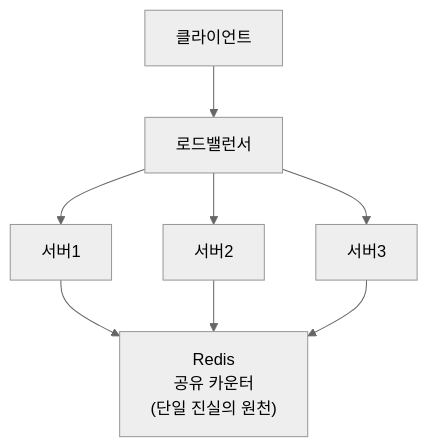
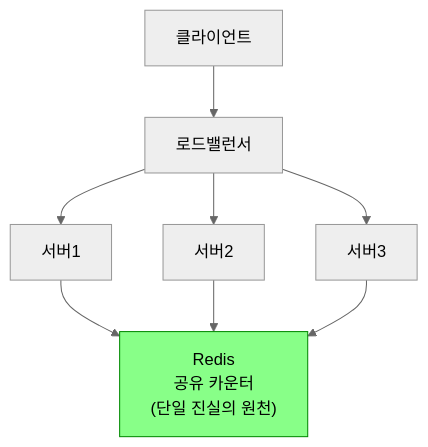
One commit to yjkim2015/yjkim2015.github.io changed the tenth of 13 diagrams in _posts/spring/2026-05-01-rate-limiting.md. Above: the diagram before and after it, drawn with Mermaid (neutral theme). The commit also changed other lines of this file and 92 other files, not shown here.

First line of the commit message:
Major quality rewrite: 98 files, Mermaid fix, extreme-scenario component

````diff
--- a/_posts/spring/2026-05-01-rate-limiting.md
+++ b/_posts/spring/2026-05-01-rate-limiting.md
@@ -1102,10 +710,9 @@
 ```mermaid
 graph TD
     C["클라이언트"] --> LB["로드밸런서"]
     LB --> S1["서버1"]
     LB --> S2["서버2"]
     LB --> S3["서버3"]
-    S1 --> R["Redis\n공유 카운터\n(단일 진실의 원천)"]
-    S2 --> R
-    S3 --> R
+    S1 & S2 & S3 --> R["Redis\n공유 카운터\n(단일 진실의 원천)"]
+    style R fill:#8f8,stroke:#080,color:#000
 ```
````
